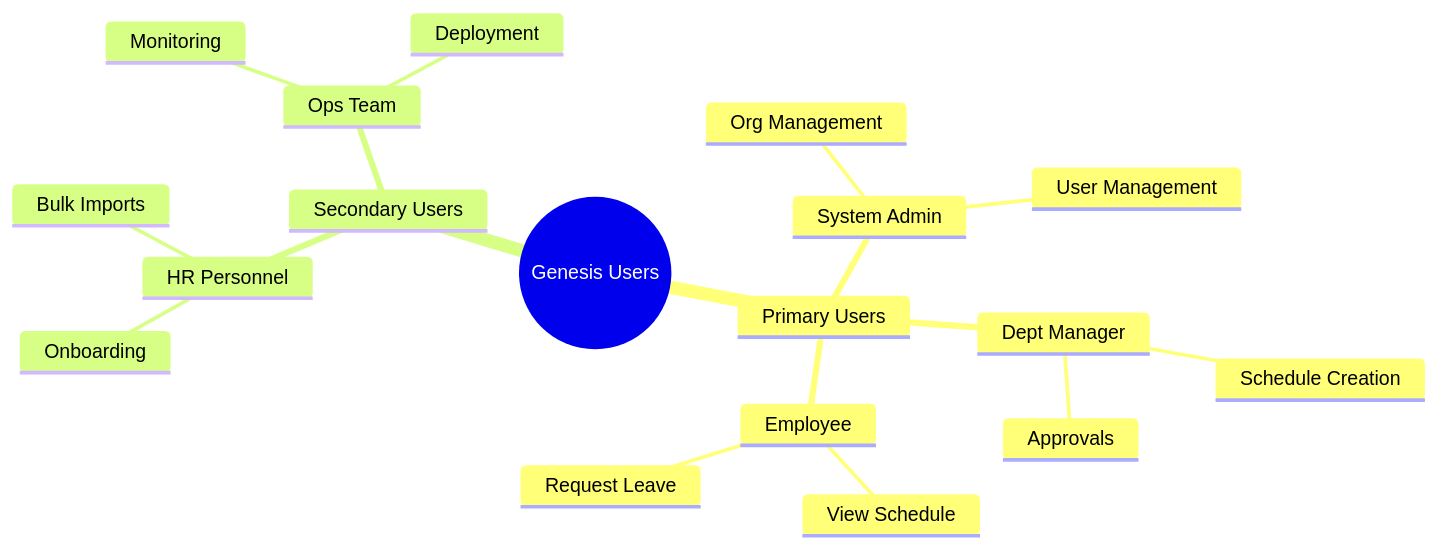
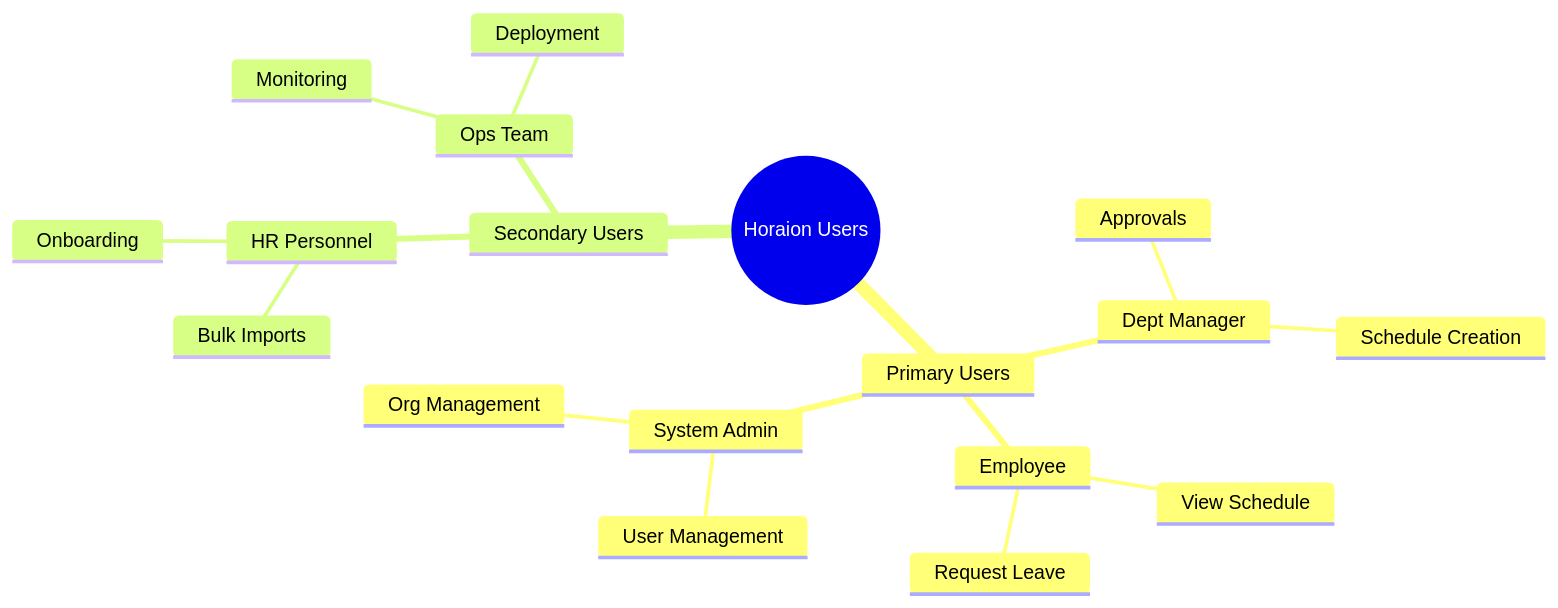
The diagram in technical_documentation/01_EXECUTIVE_SUMMARY.md (moses1998lee/horaion-documentation), drawn with Mermaid before and after one commit. The commit also changed other lines of this file and 21 other files, not shown here.

Commit message:
chore: rebrand Genesis to Horaion and add Shared Kernel documentation

````diff
--- a/technical_documentation/01_EXECUTIVE_SUMMARY.md
+++ b/technical_documentation/01_EXECUTIVE_SUMMARY.md
@@ -83,26 +83,26 @@
 ```mermaid
 mindmap
-  root((Genesis Users))
+  root((Horaion Users))
     Primary Users
       System Admin
         ::icon(fa fa-cogs)
         Org Management
         User Management
       Dept Manager
         ::icon(fa fa-user-tie)
         Schedule Creation
         Approvals
       Employee
         ::icon(fa fa-user)
         View Schedule
         Request Leave
     Secondary Users
       HR Personnel
         ::icon(fa fa-users)
         Onboarding
         Bulk Imports
       Ops Team
         ::icon(fa fa-server)
         Monitoring
         Deployment
 ```
````
